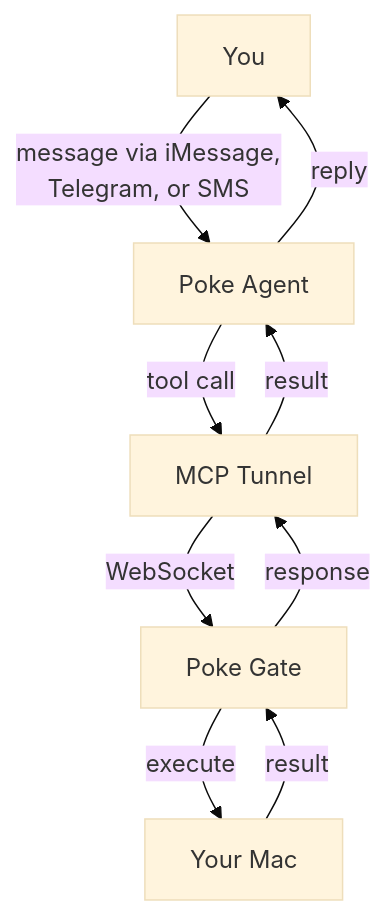
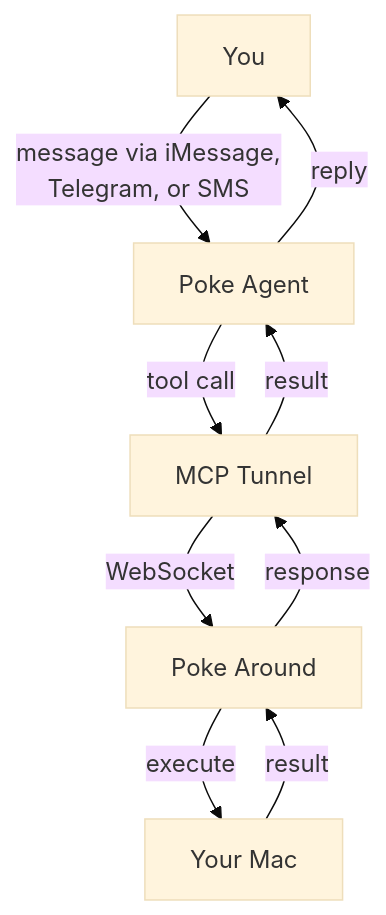
One commit to undivisible/poke-around changed the diagram in docs/how-it-works.md. Above: the diagram before and after it, drawn with Mermaid (base theme). The commit also changed other lines of this file and 27 other files, not shown here.

````diff
--- a/docs/how-it-works.md
+++ b/docs/how-it-works.md
@@ -7,11 +7,11 @@
 ```mermaid
 flowchart TB
     You["You"] -->|message via iMessage,\nTelegram, or SMS| Agent["Poke Agent"]
     Agent -->|tool call| Tunnel["MCP Tunnel"]
-    Tunnel -->|WebSocket| Gate["Poke Gate"]
+    Tunnel -->|WebSocket| Gate["Poke Around"]
     Gate -->|execute| Mac["Your Mac"]
     Mac -->|result| Gate
     Gate -->|response| Tunnel
     Tunnel -->|result| Agent
     Agent -->|reply| You
 ```
````
